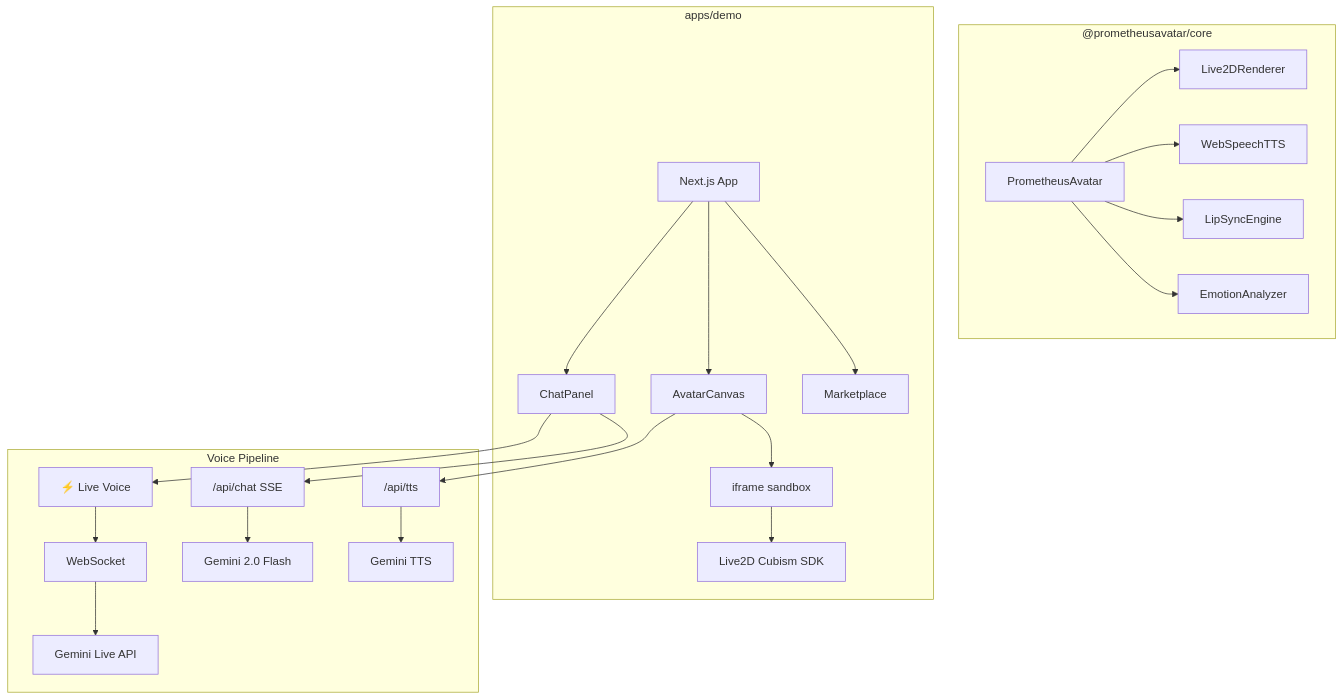
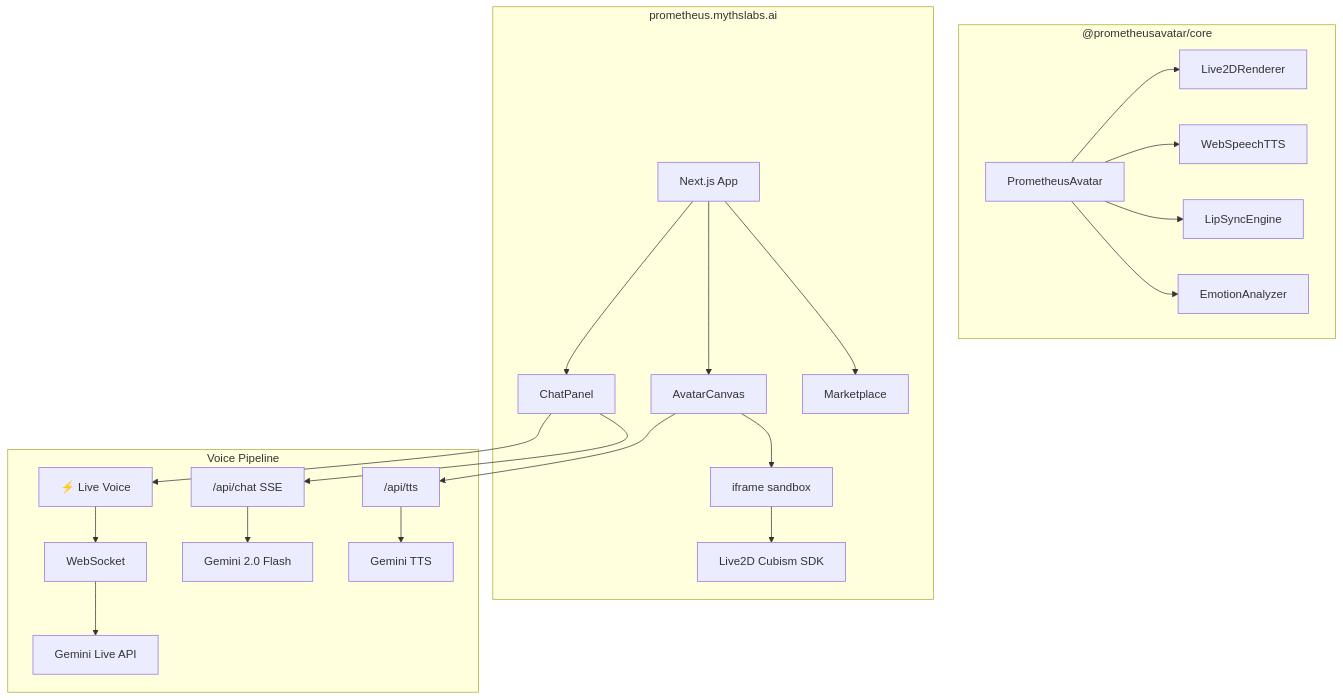
The diagram in README.md (myths-labs/prometheus-avatar), drawn with Mermaid before and after one commit. The commit also changed other lines of this file and 2 other files, not shown here.

Commit message:
docs: README rewrite — hero banner, social links (X, LinkedIn, @SunshiningDay), official site promotion, updated architecture

````diff
--- a/README.md
+++ b/README.md
@@ -87,28 +105,28 @@
 ```mermaid
 graph TB
     subgraph SDK["@prometheusavatar/core"]
         PA[PrometheusAvatar] --> R[Live2DRenderer]
         PA --> TTS[WebSpeechTTS]
         PA --> LS[LipSyncEngine]
         PA --> EA[EmotionAnalyzer]
     end
 
-    subgraph Demo["apps/demo"]
+    subgraph Platform["prometheus.mythslabs.ai"]
         NX[Next.js App] --> AC[AvatarCanvas]
         NX --> CP[ChatPanel]
         NX --> MP[Marketplace]
         AC --> IF["iframe sandbox"]
         IF --> L2D[Live2D Cubism SDK]
     end
 
     subgraph Voice["Voice Pipeline"]
         LIVE["⚡ Live Voice"] --> WS["WebSocket"]
         WS --> GLIVE["Gemini Live API"]
         CHAT["/api/chat SSE"] --> GEM["Gemini 2.0 Flash"]
         TTSR["/api/tts"] --> GTTS["Gemini TTS"]
     end
 
     CP --> LIVE
     CP --> CHAT
     AC --> TTSR
 ```
````
